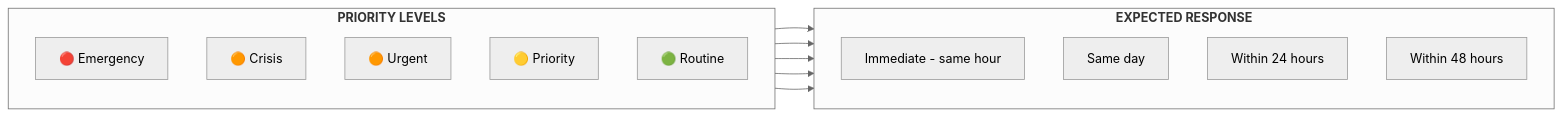
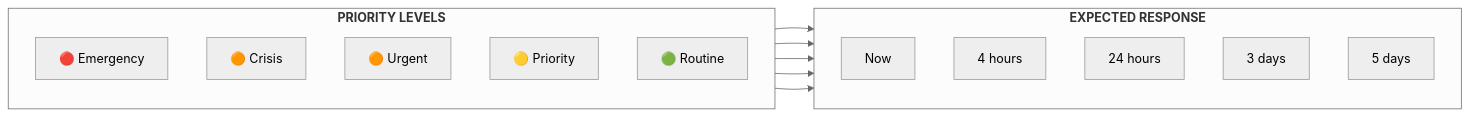
One commit to manaaki-tech/manaakicare-docs changed the third of 6 diagrams in docs/getting-started/workflow-overview.mdx. Above: the diagram before and after it, drawn with Mermaid (neutral theme). The commit also changed other lines of this file and 2 other files, not shown here.

Commit message:
docs: correct priority response times to the SLAs the app displays
The Priority Handling table gave response times that contradict what the
referral form actually shows staff. UrgencySelector.tsx renders an SLA
against each level:

  emergency Now | crisis 4 hrs | urgent 24 hrs | priority 3 days | routine 5 days

The docs claimed routine "within 48 hours" and priority "within 24
hours" — both materially tighter than the app states, and Crisis had no
entry at all. Staff following the docs would have been working to
turnaround times the product contradicts.

Also corrects two channel labels to the exact UI strings ("Face to Face",
"Walk-in").

Source: src/features/referrals/components/UrgencySelector.tsx and
constants.ts on origin/manaakicentral-npo-prod.

````diff
--- a/docs/getting-started/workflow-overview.mdx
+++ b/docs/getting-started/workflow-overview.mdx
@@ -196,26 +196,27 @@
 ```mermaid
 flowchart LR
     subgraph priorities["<b>PRIORITY LEVELS</b>"]
         direction TB
         emergency["🔴 Emergency"]
         crisis["🟠 Crisis"]
         urgent["🟠 Urgent"]
         priority["🟡 Priority"]
         routine["🟢 Routine"]
     end
 
     subgraph response["<b>EXPECTED RESPONSE</b>"]
         direction TB
-        r1["Immediate - same hour"]
-        r2["Same day"]
-        r3["Within 24 hours"]
-        r4["Within 48 hours"]
+        r1["Now"]
+        r2["4 hours"]
+        r3["24 hours"]
+        r4["3 days"]
+        r5["5 days"]
     end
 
     emergency --> r1
-    crisis --> r1
-    urgent --> r2
-    priority --> r3
-    routine --> r4
+    crisis --> r2
+    urgent --> r3
+    priority --> r4
+    routine --> r5
 
 ```
````
